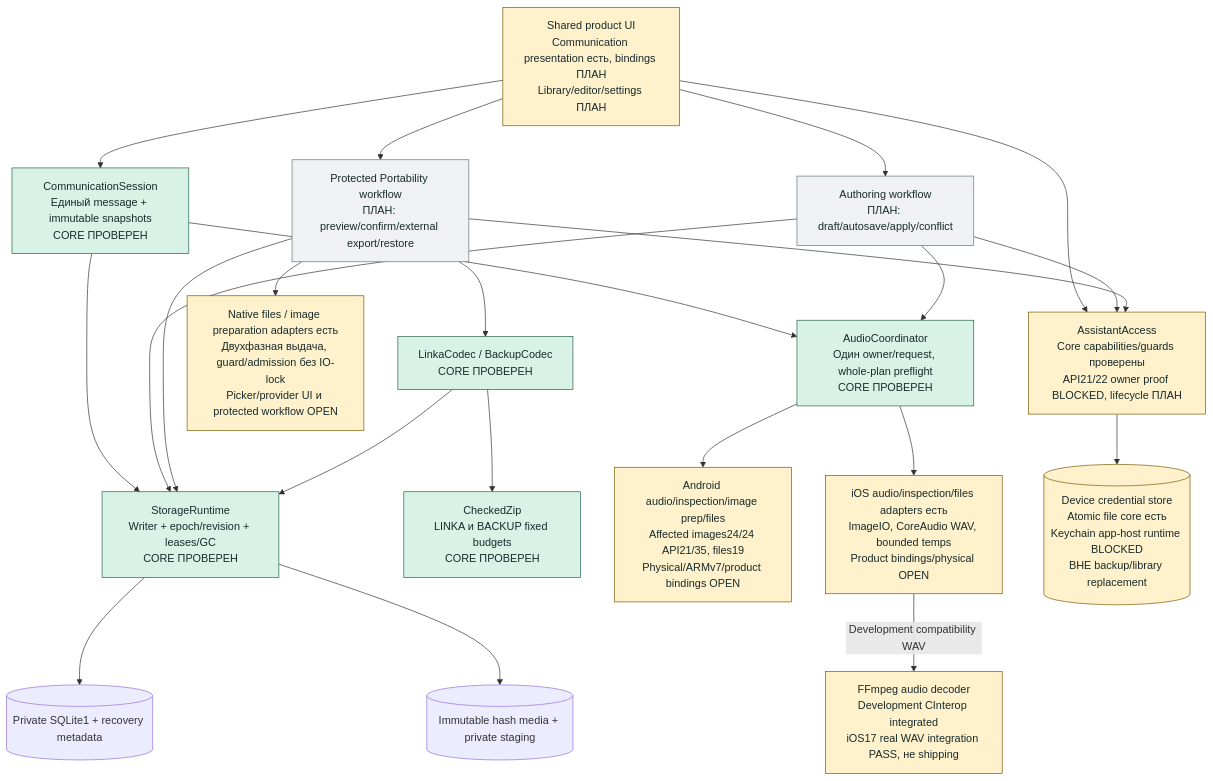
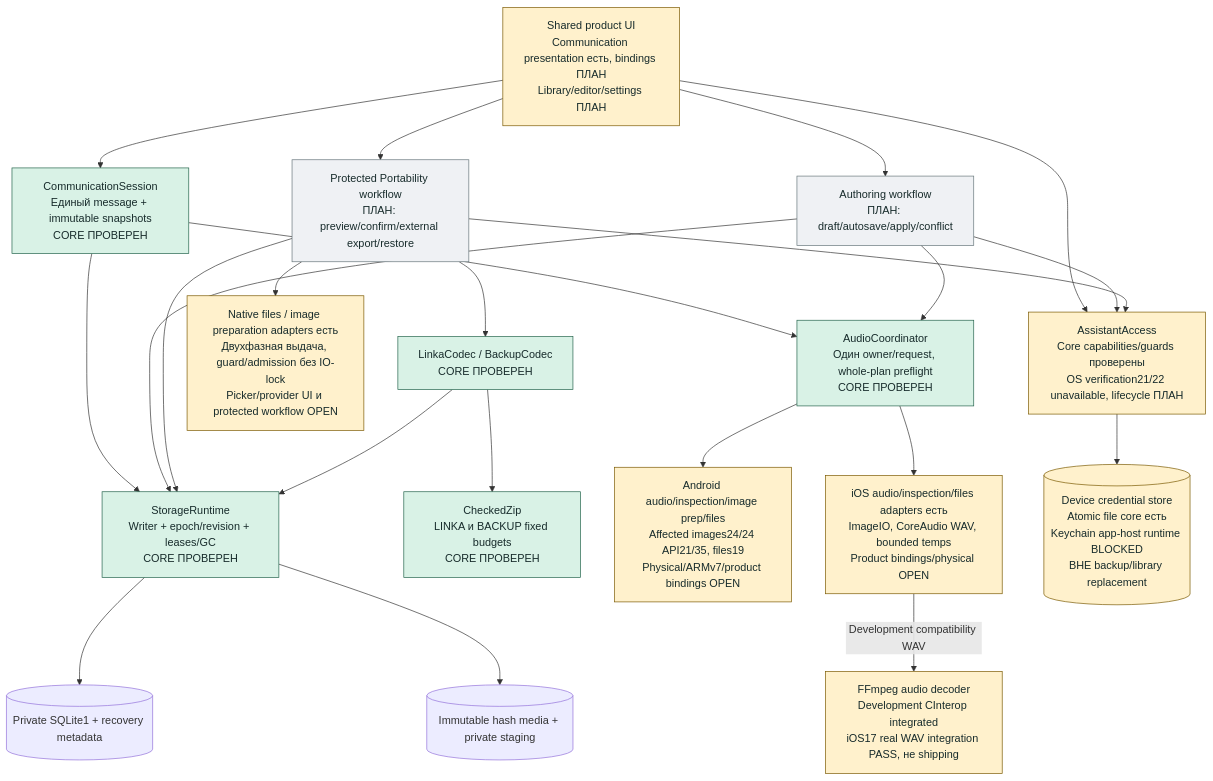
The third of 6 diagrams in docs/c4/04-c4.md (linkasu/linka.pictures-android), drawn with Mermaid before and after one commit. The commit also changed 6 other files, not shown here.

Commit message:
test(access): preserve legacy lock when OS verification is unavailable

````diff
--- a/docs/c4/04-c4.md
+++ b/docs/c4/04-c4.md
@@ -97,46 +97,46 @@
 ```mermaid
 flowchart TB
     UI["Shared product UI<br/>Communication presentation есть, bindings ПЛАН<br/>Library/editor/settings ПЛАН"]
     COM["CommunicationSession<br/>Единый message + immutable snapshots<br/>CORE ПРОВЕРЕН"]
     ED["Authoring workflow<br/>ПЛАН: draft/autosave/apply/conflict"]
     WF["Protected Portability workflow<br/>ПЛАН: preview/confirm/external export/restore"]
-    AUTH["AssistantAccess<br/>Core capabilities/guards проверены<br/>API21/22 owner proof BLOCKED, lifecycle ПЛАН"]
+    AUTH["AssistantAccess<br/>Core capabilities/guards проверены<br/>OS verification21/22 unavailable, lifecycle ПЛАН"]
     ST["StorageRuntime<br/>Writer + epoch/revision + leases/GC<br/>CORE ПРОВЕРЕН"]
     CODEC["LinkaCodec / BackupCodec<br/>CORE ПРОВЕРЕН"]
     ZIP["CheckedZip<br/>LINKA и BACKUP fixed budgets<br/>CORE ПРОВЕРЕН"]
     AUD["AudioCoordinator<br/>Один owner/request, whole-plan preflight<br/>CORE ПРОВЕРЕН"]
     AND["Android audio/inspection/image prep/files<br/>Affected images24/24 API21/35, files19<br/>Physical/ARMv7/product bindings OPEN"]
     IOS["iOS audio/inspection/files adapters есть<br/>ImageIO, CoreAudio WAV, bounded temps<br/>Product bindings/physical OPEN"]
     FF["FFmpeg audio decoder<br/>Development CInterop integrated<br/>iOS17 real WAV integration PASS, не shipping"]
     FILES["Native files / image preparation adapters есть<br/>Двухфазная выдача, guard/admission без IO-lock<br/>Picker/provider UI и protected workflow OPEN"]
     DB[("Private SQLite1 + recovery metadata")]
     MEDIA[("Immutable hash media + private staging")]
     SECRETS[("Device credential store<br/>Atomic file core есть<br/>Keychain app-host runtime BLOCKED<br/>ВНЕ backup/library replacement")]
     UI --> COM
     UI --> ED
     UI --> WF
     UI --> AUTH
     COM --> ST
     COM --> AUD
     ED --> AUTH
     ED --> ST
     ED --> AUD
     WF --> AUTH
     WF --> CODEC
     WF --> ST
     WF --> FILES
     CODEC --> ZIP
     CODEC --> ST
     ST --> DB
     ST --> MEDIA
     AUD --> AND
     AUD --> IOS
     IOS -->|"Development compatibility WAV"| FF
     AUTH --> SECRETS
     classDef done fill:#D9F2E6,stroke:#23634B,color:#172B2B
     classDef partial fill:#FFF1CC,stroke:#7A5900,color:#172B2B
     classDef planned fill:#EFF1F4,stroke:#66757A,color:#172B2B
     class COM,ST,CODEC,ZIP,AUD done
     class AND,IOS,FILES,FF,UI,AUTH,SECRETS partial
     class ED,WF planned
 ```
````
